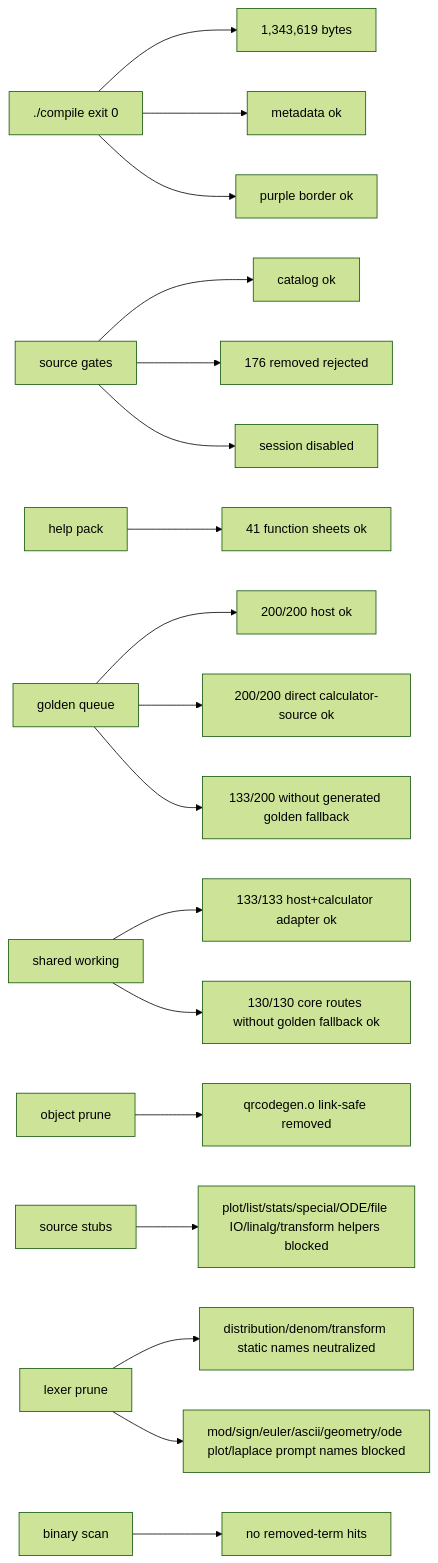
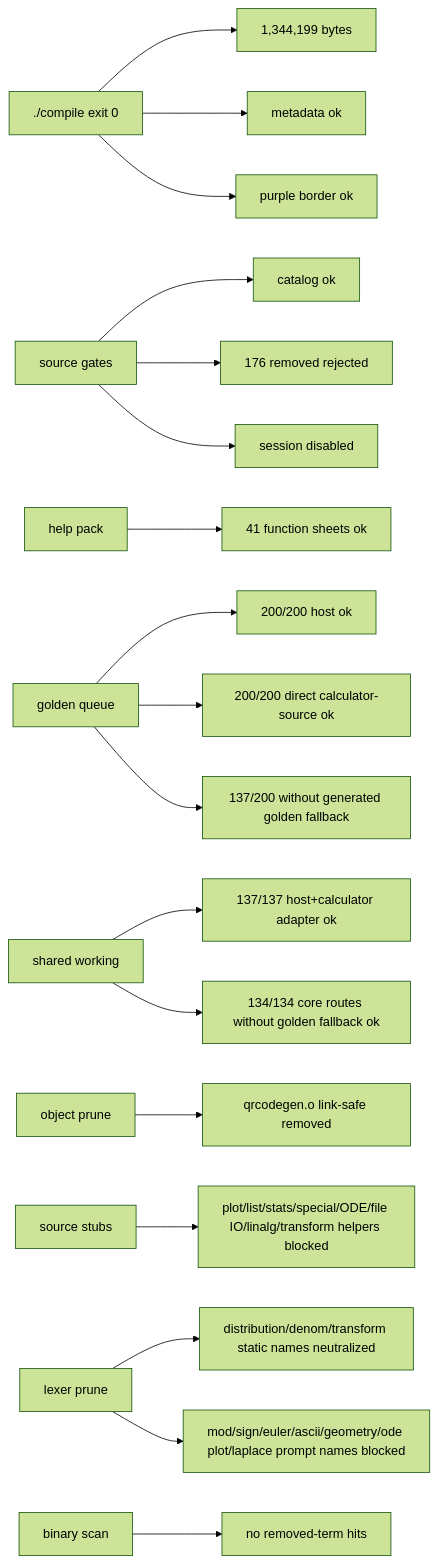
Before and after one commit to james8464/notes-addin-casio-fx-cg50: the seventh of 7 diagrams in docs/GRAPH.md, drawn with Mermaid (forest theme). The commit also changed other lines of this file and 4 other files, not shown here.

````diff
--- a/docs/GRAPH.md
+++ b/docs/GRAPH.md
@@ -153,20 +154,20 @@
 ```mermaid
 graph LR
-  Build["./compile exit 0"] --> Size["1,343,619 bytes"]
+  Build["./compile exit 0"] --> Size["1,344,199 bytes"]
   Build --> Meta["metadata ok"]
   Build --> Border["purple border ok"]
   Source["source gates"] --> Catalog["catalog ok"]
   Source --> Removed["176 removed rejected"]
   Source --> Session["session disabled"]
   Help["help pack"] --> HelpQ["41 function sheets ok"]
   Queue["golden queue"] --> QueueRun["200/200 host ok"]
   Queue --> GoldenRun["200/200 direct calculator-source ok"]
-  Queue --> NoGolden["133/200 without generated golden fallback"]
-  Shared["shared working"] --> SharedRun["133/133 host+calculator adapter ok"]
-  Shared --> CoreRun["130/130 core routes without golden fallback ok"]
+  Queue --> NoGolden["137/200 without generated golden fallback"]
+  Shared["shared working"] --> SharedRun["137/137 host+calculator adapter ok"]
+  Shared --> CoreRun["134/134 core routes without golden fallback ok"]
   Obj["object prune"] --> QR["qrcodegen.o link-safe removed"]
   Macro["source stubs"] --> Stubbed["plot/list/stats/special/ODE/file IO/linalg/transform helpers blocked"]
   Static["lexer prune"] --> StaticRun["distribution/denom/transform static names neutralized"]
   Static --> PromptRun["mod/sign/euler/ascii/geometry/ode plot/laplace prompt names blocked"]
   Bin["binary scan"] --> NoLeak["no removed-term hits"]
 ```
````
